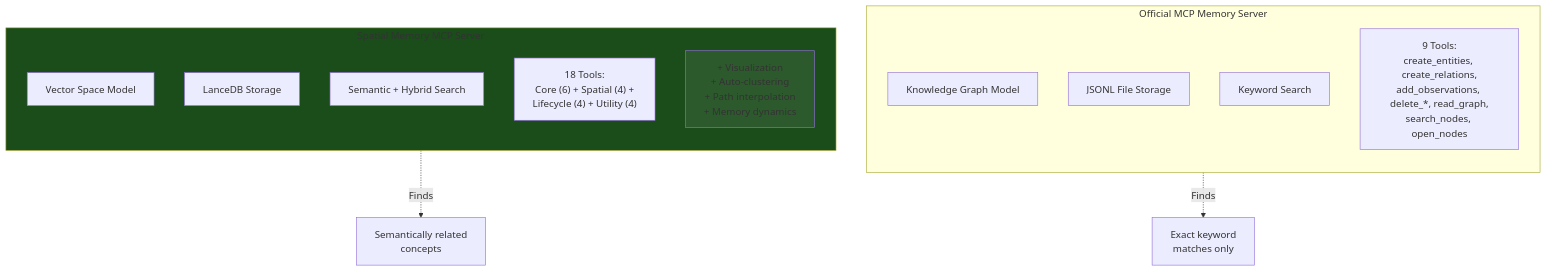
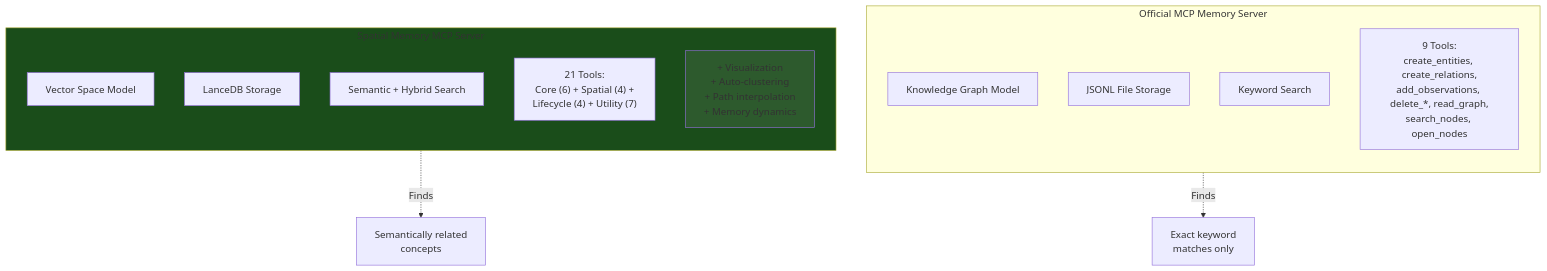
Diagram 12 of 14 in SPATIAL-MEMORY-ARCHITECTURE-DIAGRAMS.md (arman-tech/spatial-memory-mcp), drawn with Mermaid before and after one commit. The commit also changed other lines of this file and 1 other file, not shown here.

Commit message:
Update documentation to reflect all phases complete
- README.md: Update from "Phase 2 complete" to "All phases complete"
- Document all 21 MCP tools (was 7)
- Add security features section
- Add tool examples and troubleshooting
- Update test count to 1094
- Architecture diagrams: Remove "target architecture" note, update tool count

````diff
--- a/SPATIAL-MEMORY-ARCHITECTURE-DIAGRAMS.md
+++ b/SPATIAL-MEMORY-ARCHITECTURE-DIAGRAMS.md
@@ -436,25 +436,25 @@
 ```mermaid
 flowchart TB
     subgraph Official["Official MCP Memory Server"]
         direction TB
         OModel["Knowledge Graph Model"]
         OStore["JSONL File Storage"]
         OSearch["Keyword Search"]
         OTools["9 Tools:<br/>create_entities, create_relations,<br/>add_observations, delete_*, read_graph,<br/>search_nodes, open_nodes"]
     end
     
     subgraph Ours["Spatial Memory MCP Server"]
         direction TB
         SModel["Vector Space Model"]
         SStore["LanceDB Storage"]
         SSearch["Semantic + Hybrid Search"]
-        STools["18 Tools:<br/>Core (6) + Spatial (4) +<br/>Lifecycle (4) + Utility (4)"]
+        STools["21 Tools:<br/>Core (6) + Spatial (4) +<br/>Lifecycle (4) + Utility (7)"]
         SExtra["+ Visualization<br/>+ Auto-clustering<br/>+ Path interpolation<br/>+ Memory dynamics"]
     end
     
     Official -.->|"Finds"| Keyword["Exact keyword<br/>matches only"]
     Ours -.->|"Finds"| Semantic["Semantically related<br/>concepts"]
     
     style Ours fill:#1a4d1a
     style SExtra fill:#2d5a2d
 ```
````
